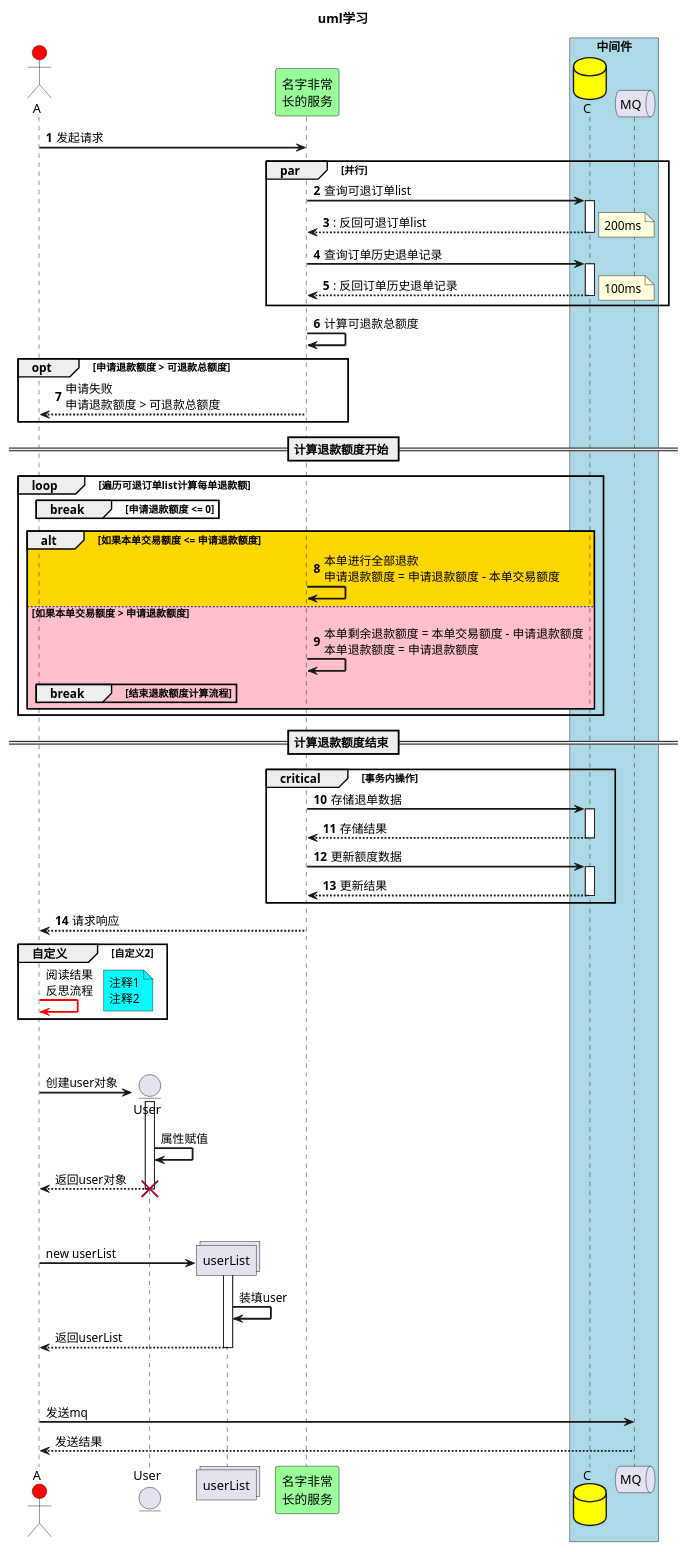
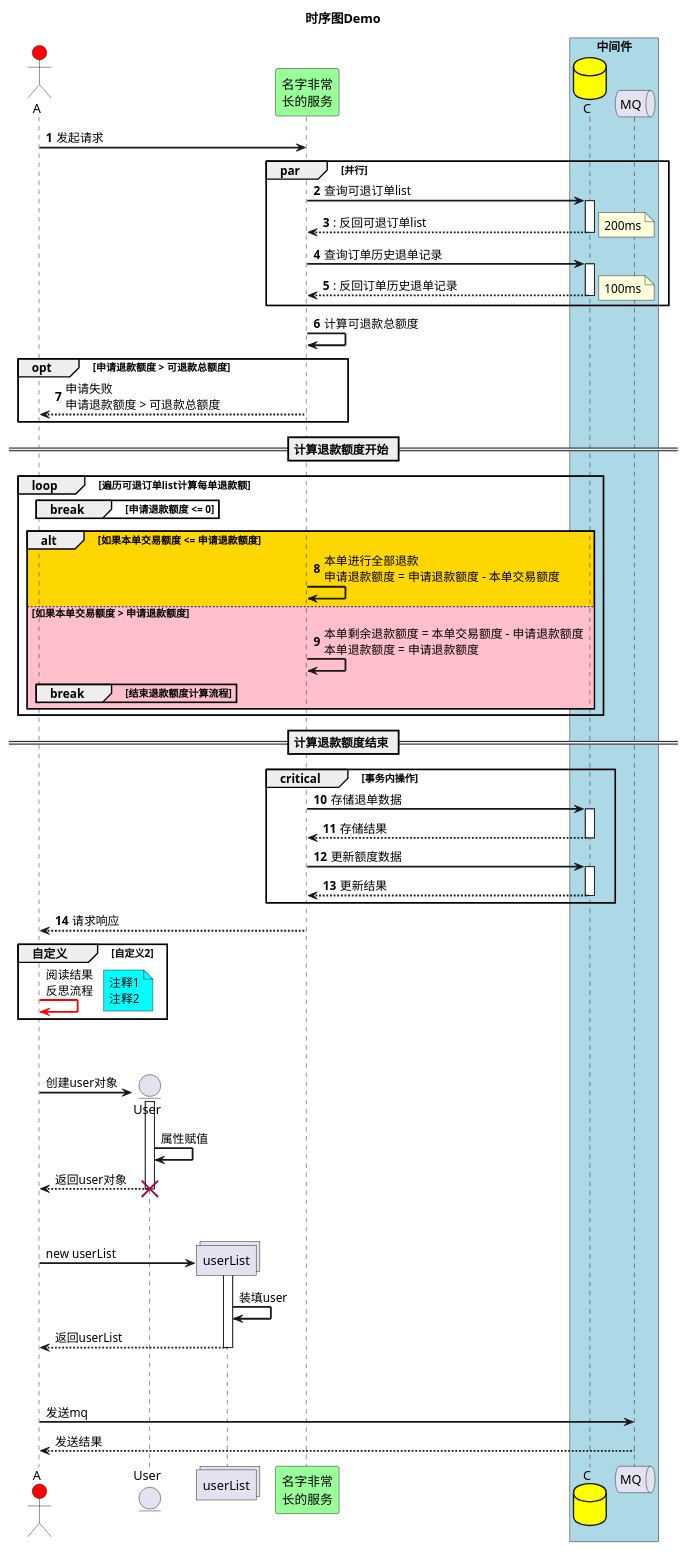
Before and after one commit to dictionaryshi/wxjj: the diagram in diagram/SequenceDemo.puml, drawn with PlantUML.

Commit message:
SequenceDemo.puml

```diff
--- a/diagram/SequenceDemo.puml
+++ b/diagram/SequenceDemo.puml
@@ -1,81 +1,81 @@
 @startuml
-'uml学习'
 
-title uml学习
+title "时序图Demo"
+
 '实线粗细'
 skinparam sequenceArrowThickness 2
 
 actor A #red
 entity User
 collections userList
 participant B as "名字非常\n长的服务" #99FF99
 box "中间件" #LightBlue
 database C #yellow
 queue MQ
 end box
 
 autonumber 1
 A -> B: 发起请求
 
 par 并行
 B -> C ++: 查询可退订单list
 return: 反回可退订单list
 note right:200ms
 B -> C ++: 查询订单历史退单记录
 return: 反回订单历史退单记录
 note right:100ms
 end
 
 B -> B: 计算可退款总额度
 opt 申请退款额度 > 可退款总额度
 B --> A: 申请失败\n申请退款额度 > 可退款总额度
 end
 
 == 计算退款额度开始 ==
 loop 遍历可退订单list计算每单退款额
 break 申请退款额度 <= 0
 end
 
 alt #Gold 如果本单交易额度 <= 申请退款额度
 B -> B: 本单进行全部退款\n申请退款额度 = 申请退款额度 - 本单交易额度
 else #Pink 如果本单交易额度 > 申请退款额度
 B -> B: 本单剩余退款额度 = 本单交易额度 - 申请退款额度\n本单退款额度 = 申请退款额度
 break 结束退款额度计算流程
 end
 end
 end
 == 计算退款额度结束 ==
 
 critical 事务内操作
 B -> C ++: 存储退单数据
 return 存储结果
 B -> C ++: 更新额度数据
 return 更新结果
 end
 
 B --> A: 请求响应
 autonumber stop
 
 group 自定义 [自定义2]
 A -[#red]> A: 阅读结果\n反思流程
 note right #aqua : 注释1\n注释2
 end
 
 ||50||
 A -> User **: 创建user对象
 activate User
 User -> User: 属性赋值
 User --> A : 返回user对象
 destroy User
 
 ||50||
 A -> userList ** : new userList
 activate userList
 userList -> userList: 装填user
 userList --> A -- : 返回userList
 
 ||50||
 A -> MQ: 发送mq
 MQ --> A: 发送结果
 
 @enduml
```
